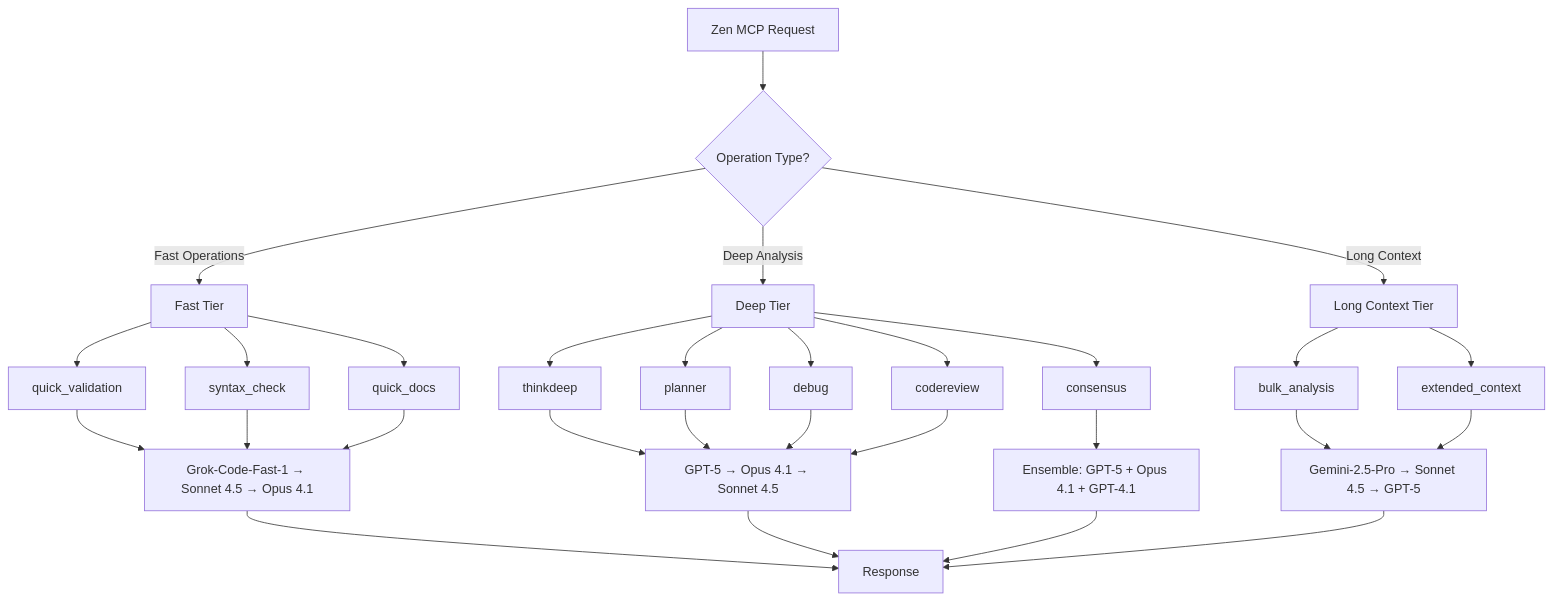
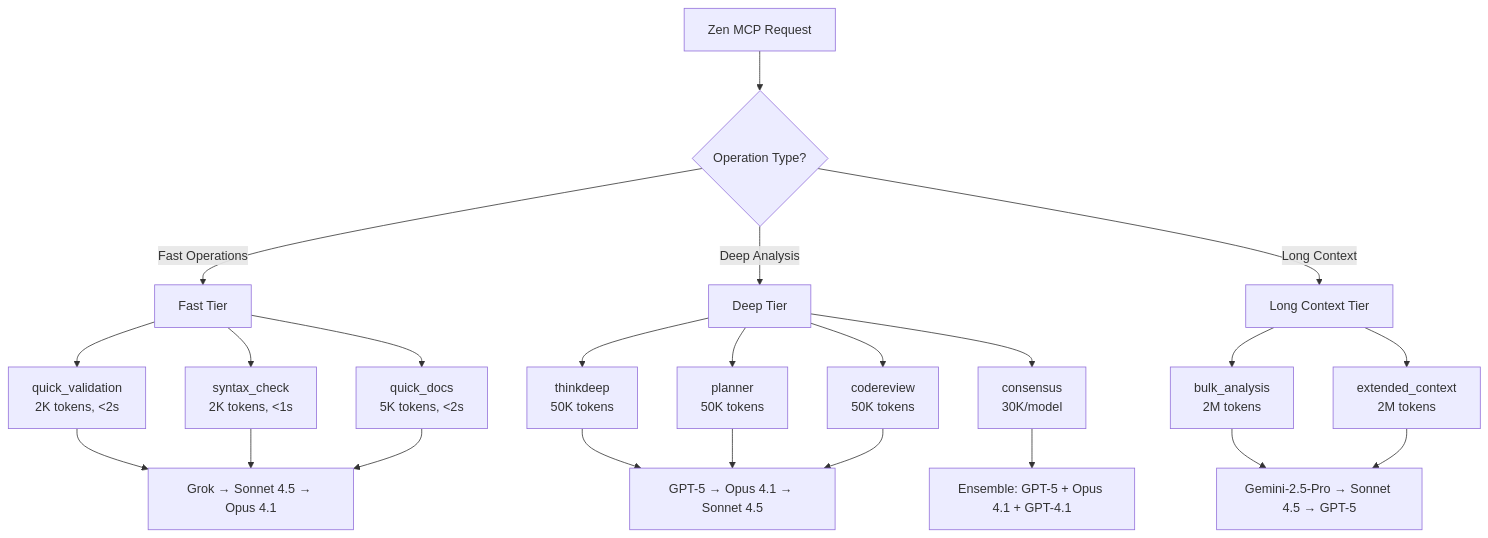
Before and after one commit to Tony363/SuperClaude: diagram 11 of 14 in README.md, drawn with Mermaid. The commit also changed other lines of this file and 1 other file, not shown here.

Commit message:
architecture overview

````diff
--- a/README.md
+++ b/README.md
@@ -969,39 +706,25 @@
 ```mermaid
 flowchart TD
     A[Zen MCP Request] --> B{Operation Type?}
 
     B -->|Fast Operations| C[Fast Tier]
     B -->|Deep Analysis| D[Deep Tier]
     B -->|Long Context| E[Long Context Tier]
 
-    C --> C1[quick_validation]
-    C --> C2[syntax_check]
-    C --> C3[quick_docs]
+    C --> C1[quick_validation<br/>2K tokens, <2s]
+    C --> C2[syntax_check<br/>2K tokens, <1s]
+    C --> C3[quick_docs<br/>5K tokens, <2s]
 
-    D --> D1[thinkdeep]
-    D --> D2[consensus]
-    D --> D3[planner]
-    D --> D4[debug]
-    D --> D5[codereview]
+    D --> D1[thinkdeep<br/>50K tokens]
+    D --> D2[consensus<br/>30K/model]
+    D --> D3[planner<br/>50K tokens]
+    D --> D4[codereview<br/>50K tokens]
 
-    E --> E1[bulk_analysis]
-    E --> E2[extended_context]
+    E --> E1[bulk_analysis<br/>2M tokens]
+    E --> E2[extended_context<br/>2M tokens]
 
-    C1 --> F[Grok-Code-Fast-1 → Sonnet 4.5 → Opus 4.1]
-    C2 --> F
-    C3 --> F
-
-    D1 --> G[GPT-5 → Opus 4.1 → Sonnet 4.5]
+    C1 & C2 & C3 --> F[Grok → Sonnet 4.5 → Opus 4.1]
+    D1 & D3 & D4 --> G[GPT-5 → Opus 4.1 → Sonnet 4.5]
     D2 --> H[Ensemble: GPT-5 + Opus 4.1 + GPT-4.1]
-    D3 --> G
-    D4 --> G
-    D5 --> G
-
-    E1 --> I[Gemini-2.5-Pro → Sonnet 4.5 → GPT-5]
-    E2 --> I
-
-    F --> J[Response]
-    G --> J
-    H --> J
-    I --> J
+    E1 & E2 --> I[Gemini-2.5-Pro → Sonnet 4.5 → GPT-5]
 ```
````
